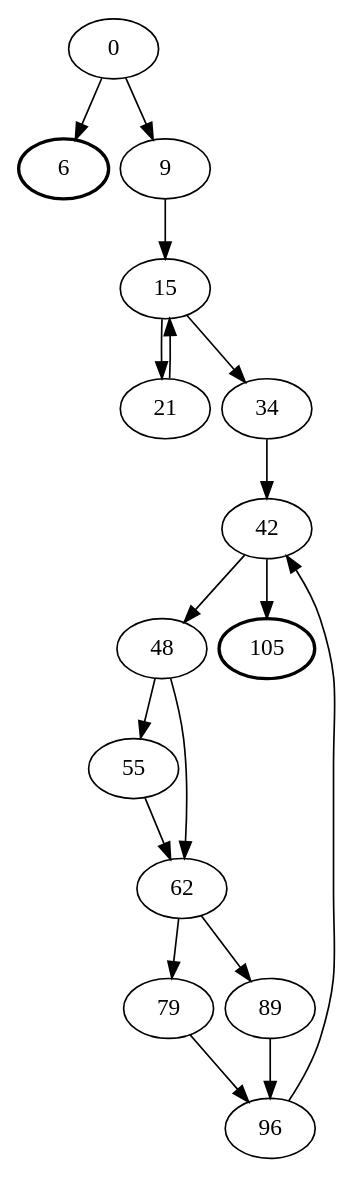
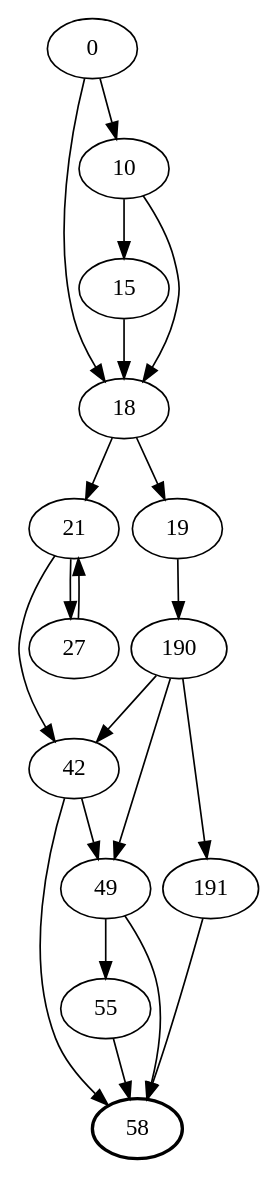
One commit to gabriellimoni/vv-e-t-mc-cabe-paths changed the diagram in src/assets/example.dot. Above: the diagram before and after it, drawn with Graphviz. The commit also changed 25 other files, not shown here.

```diff
--- a/src/assets/example.dot
+++ b/src/assets/example.dot
@@ -1,20 +1,20 @@
-digraph cal
+digraph firstOfMonth
 {
 	size="7.5,10"; 
 	ratio=auto;
 	nodesep=0.1;
-	0 -> { 6; 9; };
-	6 [style=bold];
-	9 -> { 15; };
-	15 -> { 21; 34; };
-	21 -> { 15; };
-	34 -> { 42; };
-	42 -> { 48; 105; };
-	48 -> { 55; 62; };
-	55 -> { 62; };
-	62 -> { 79; 89; };
-	79 -> { 96; };
-	96 -> { 42; };
-	89 -> { 96; };
-	105 [style=bold];
+	0 -> { 10; 18; };
+	10 -> { 15; 18; };
+	15 -> { 18; };
+	18 -> { 21; };
+	18 -> { 19; };
+	19 -> { 190; };
+	190 -> { 42; 49; 191; };
+	191 -> { 58; };
+	21 -> { 27; 42; };
+	27 -> { 21; };
+	42 -> { 49; 58; };
+	49 -> { 55; 58; };
+	55 -> { 58; };
+	58 [style=bold];
 }
```
